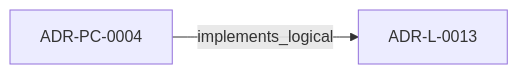
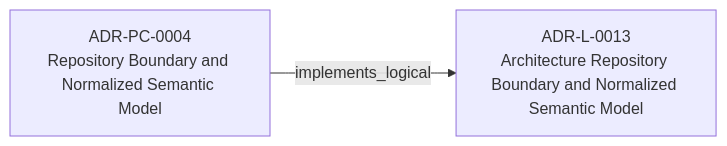
The second of 3 diagrams in adrs/adr-projection/physical-component/ADR-PC-0004-repository-boundary-and-normalized-semantic-model.md (egallmann/adr-architecture-kit), drawn with Mermaid before and after one commit. The commit also changed other lines of this file and 35 other files, not shown here.

````diff
--- a/adrs/adr-projection/physical-component/ADR-PC-0004-repository-boundary-and-normalized-semantic-model.md
+++ b/adrs/adr-projection/physical-component/ADR-PC-0004-repository-boundary-and-normalized-semantic-model.md
@@ -41,6 +68,6 @@
 ```mermaid
 flowchart LR
-  n_019fee89_e616_7c4e_953c_b7349412a784["ADR-L-0013"]
-  n_019fee89_e618_73ce_aa2d_101276d64e33["ADR-PC-0004"]
+  n_019fee89_e616_7c4e_953c_b7349412a784["ADR-L-0013<br/>Architecture Repository Boundary and Normalized Semantic Model"]
+  n_019fee89_e618_73ce_aa2d_101276d64e33["ADR-PC-0004<br/>Repository Boundary and Normalized Semantic Model"]
   n_019fee89_e618_73ce_aa2d_101276d64e33 -->|"implements_logical"| n_019fee89_e616_7c4e_953c_b7349412a784
 ```
````
